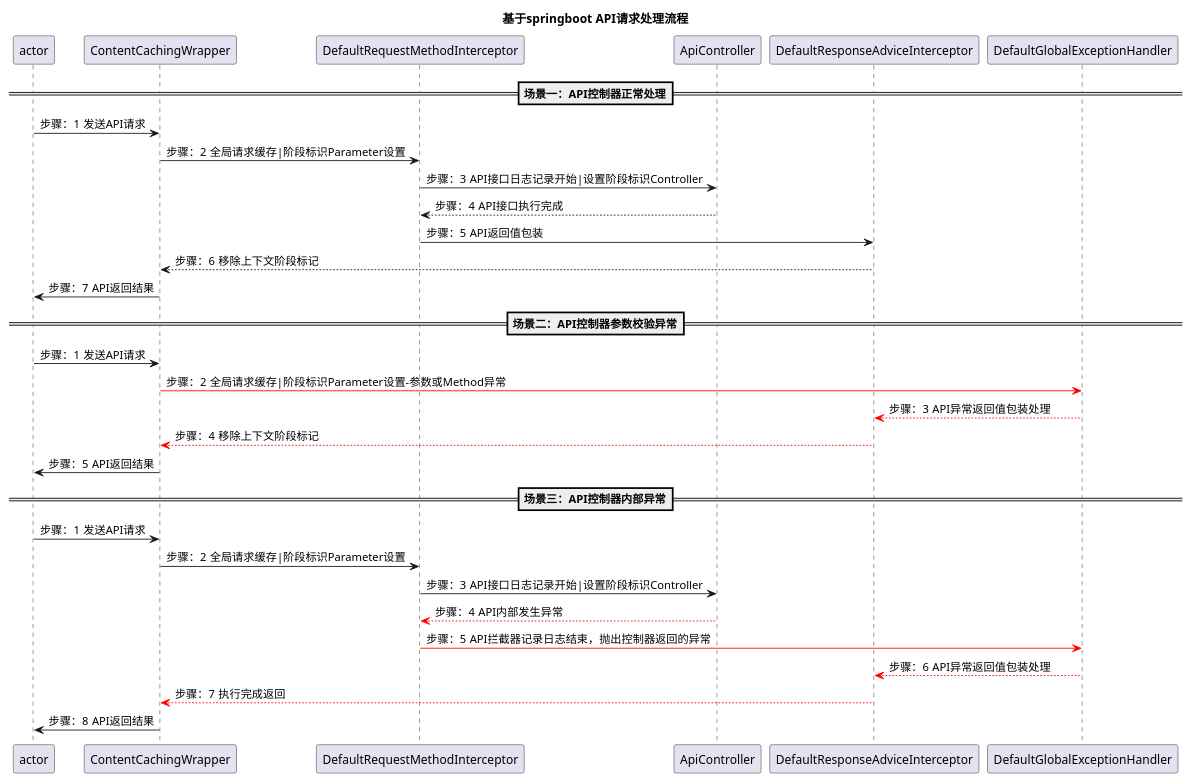
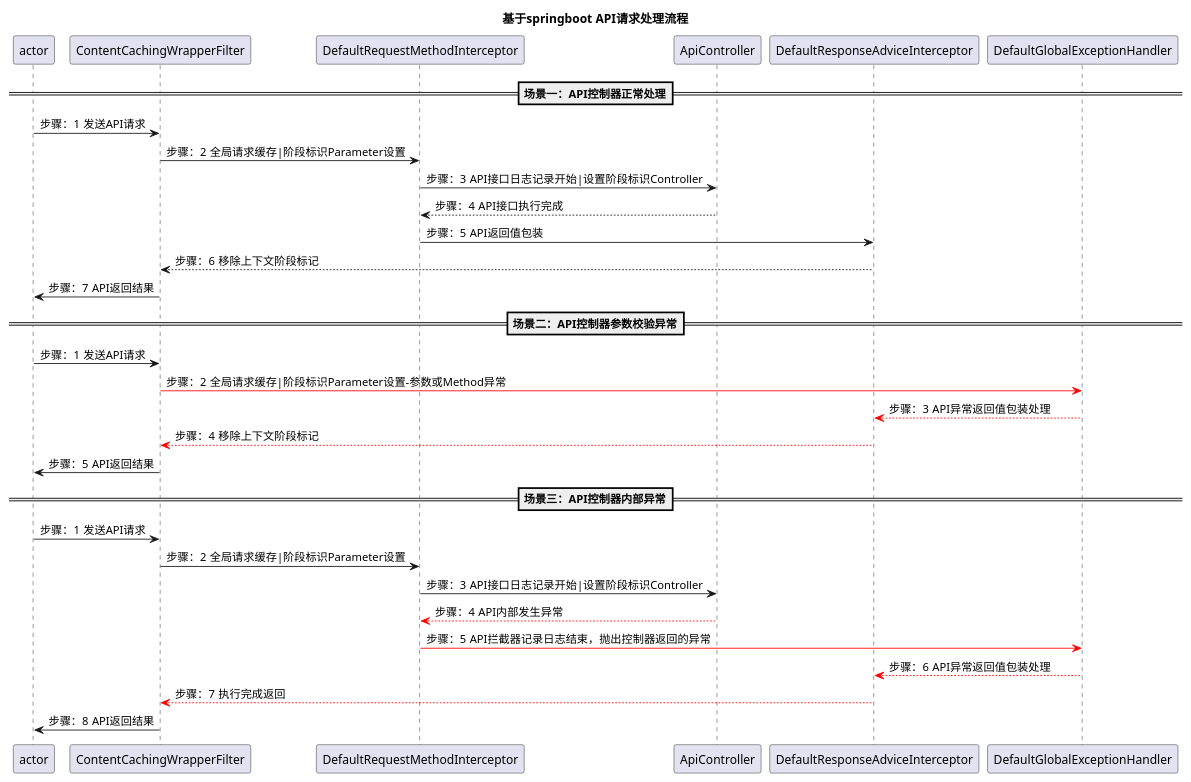
Before and after one commit to mingyang66/spring-parent: the diagram in emily-spring-boot-project/emily-spring-boot-web/README.puml, drawn with PlantUML. The commit also changed 3 other files, not shown here.

Commit message:
ContentCachingWrapper rename to ContentCachingWrapperFilter

```diff
--- a/emily-spring-boot-project/emily-spring-boot-web/README.puml
+++ b/emily-spring-boot-project/emily-spring-boot-web/README.puml
@@ -1,41 +1,41 @@
 @startuml
 'https://plantuml.com/sequence-diagram
 
 autonumber
 title 基于springboot API请求处理流程
 /'
 API控制器正常处理
 '/
 ==场景一：API控制器正常处理==
 autonumber 1 1 "步骤："
-actor -> ContentCachingWrapper:发送API请求
-ContentCachingWrapper -> DefaultRequestMethodInterceptor:全局请求缓存|阶段标识Parameter设置
+actor -> ContentCachingWrapperFilter:发送API请求
+ContentCachingWrapperFilter -> DefaultRequestMethodInterceptor:全局请求缓存|阶段标识Parameter设置
 DefaultRequestMethodInterceptor -> ApiController:API接口日志记录开始|设置阶段标识Controller
 DefaultRequestMethodInterceptor <-- ApiController:API接口执行完成
 DefaultResponseAdviceInterceptor <- DefaultRequestMethodInterceptor:API返回值包装
-ContentCachingWrapper <-- DefaultResponseAdviceInterceptor:移除上下文阶段标记
-actor <- ContentCachingWrapper: API返回结果
+ContentCachingWrapperFilter <-- DefaultResponseAdviceInterceptor:移除上下文阶段标记
+actor <- ContentCachingWrapperFilter: API返回结果
 /'
 API控制器参数校验异常
 '/
 ==场景二：API控制器参数校验异常==
 autonumber 1 1 "步骤："
-actor -> ContentCachingWrapper:发送API请求
-ContentCachingWrapper -[#red]> DefaultGlobalExceptionHandler:全局请求缓存|阶段标识Parameter设置-参数或Method异常
+actor -> ContentCachingWrapperFilter:发送API请求
+ContentCachingWrapperFilter -[#red]> DefaultGlobalExceptionHandler:全局请求缓存|阶段标识Parameter设置-参数或Method异常
 DefaultResponseAdviceInterceptor <-[#red]- DefaultGlobalExceptionHandler:API异常返回值包装处理
-ContentCachingWrapper <-[#red]- DefaultResponseAdviceInterceptor:移除上下文阶段标记
-actor <- ContentCachingWrapper: API返回结果
+ContentCachingWrapperFilter <-[#red]- DefaultResponseAdviceInterceptor:移除上下文阶段标记
+actor <- ContentCachingWrapperFilter: API返回结果
 /'
 API控制器内部异常
 '/
 ==场景三：API控制器内部异常==
 autonumber 1 1 "步骤："
-actor -> ContentCachingWrapper:发送API请求
-ContentCachingWrapper -> DefaultRequestMethodInterceptor:全局请求缓存|阶段标识Parameter设置
+actor -> ContentCachingWrapperFilter:发送API请求
+ContentCachingWrapperFilter -> DefaultRequestMethodInterceptor:全局请求缓存|阶段标识Parameter设置
 DefaultRequestMethodInterceptor -> ApiController:API接口日志记录开始|设置阶段标识Controller
 DefaultRequestMethodInterceptor <-[#red]- ApiController:API内部发生异常
 DefaultGlobalExceptionHandler <[#red]- DefaultRequestMethodInterceptor:API拦截器记录日志结束，抛出控制器返回的异常
 DefaultResponseAdviceInterceptor <-[#red]- DefaultGlobalExceptionHandler:API异常返回值包装处理
-ContentCachingWrapper <-[#red]- DefaultResponseAdviceInterceptor:执行完成返回
-actor <- ContentCachingWrapper: API返回结果
+ContentCachingWrapperFilter <-[#red]- DefaultResponseAdviceInterceptor:执行完成返回
+actor <- ContentCachingWrapperFilter: API返回结果
 @enduml
```
